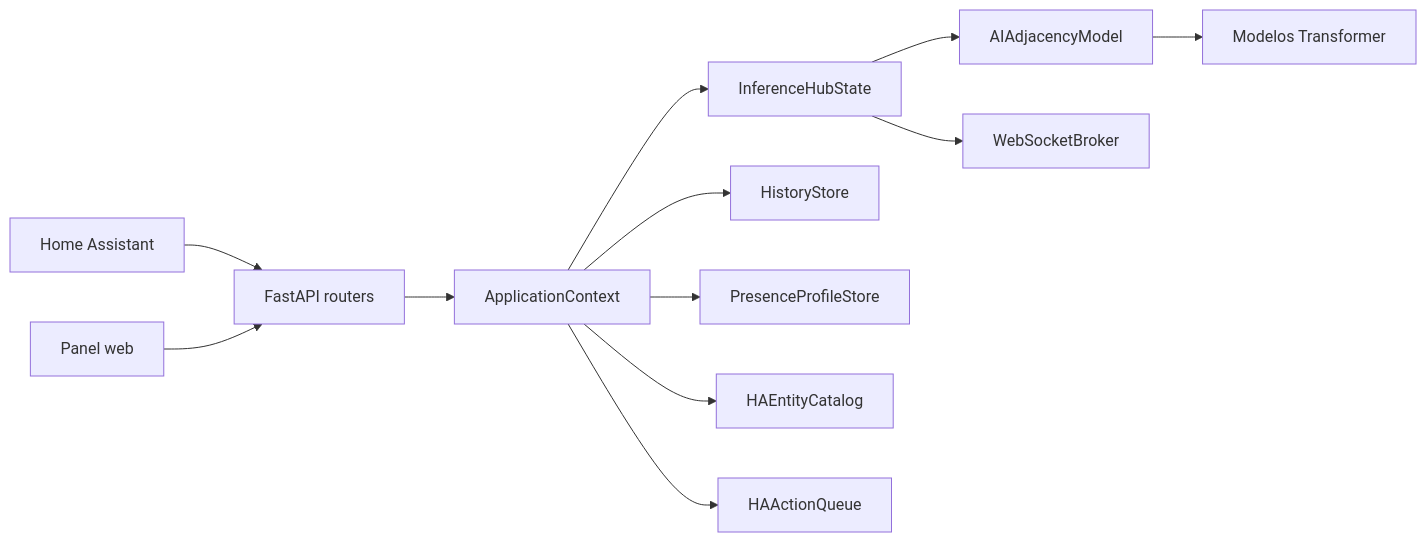
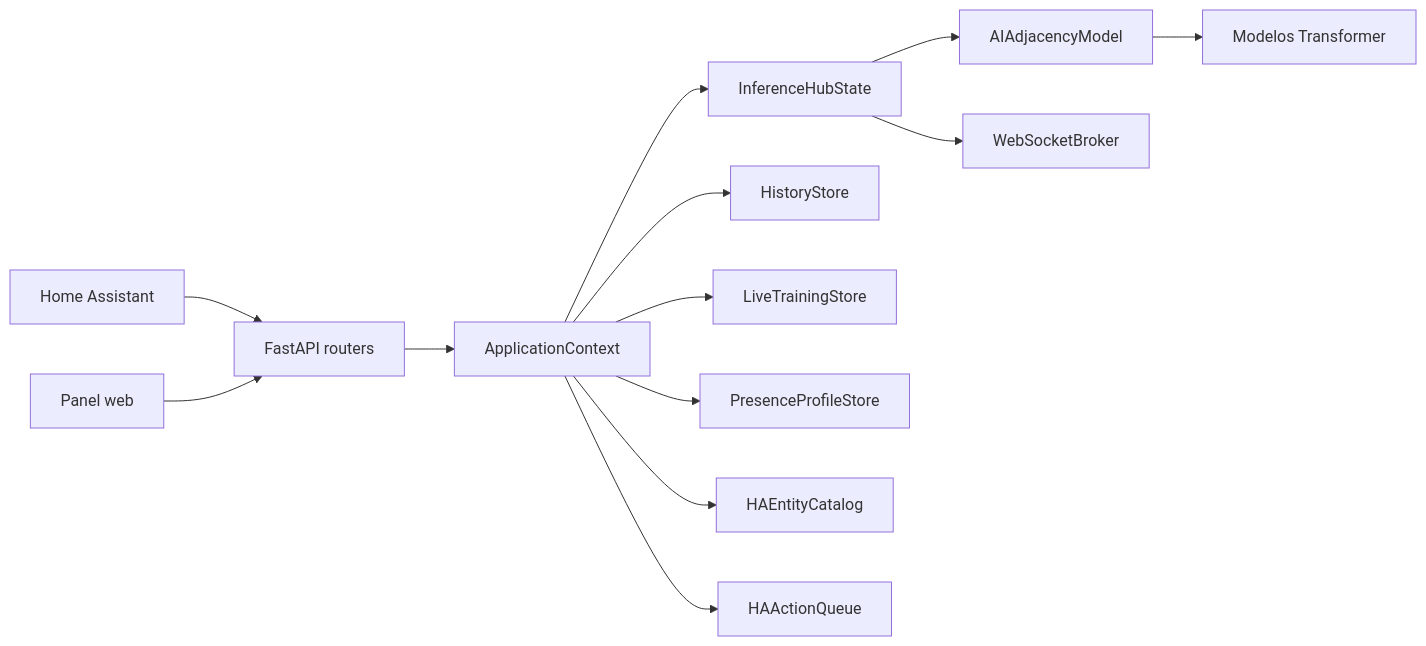
One commit to GuerraF8/transformer-presence-backend changed the diagram in ARCHITECTURE.md. Above: the diagram before and after it, drawn with Mermaid. The commit also changed other lines of this file and 5 other files, not shown here.

````diff
--- a/ARCHITECTURE.md
+++ b/ARCHITECTURE.md
@@ -55,14 +74,15 @@
 ```mermaid
 flowchart LR
   HA[Home Assistant] --> API[FastAPI routers]
   UI[Panel web] --> API
   API --> CTX[ApplicationContext]
   CTX --> HUB[InferenceHubState]
   CTX --> HIST[HistoryStore]
+  CTX --> LIVE[LiveTrainingStore]
   CTX --> PROFILES[PresenceProfileStore]
   CTX --> CAT[HAEntityCatalog]
   CTX --> ACT[HAActionQueue]
   HUB --> MODEL[AIAdjacencyModel]
   MODEL --> TF[Modelos Transformer]
   HUB --> WS[WebSocketBroker]
 ```
````
